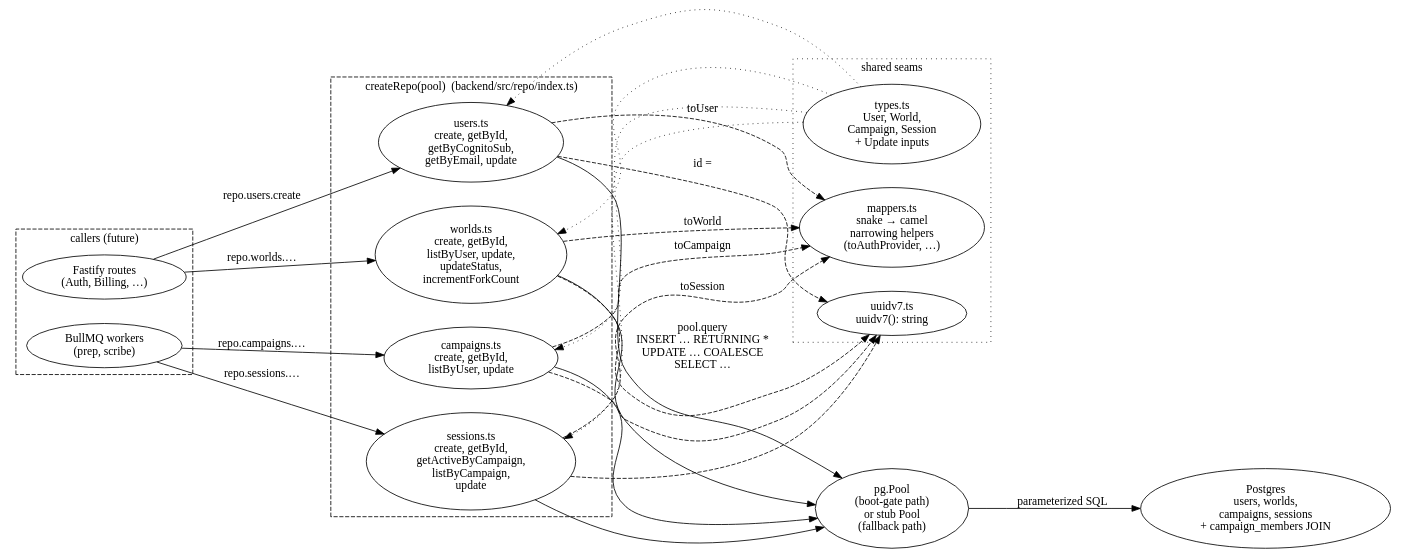
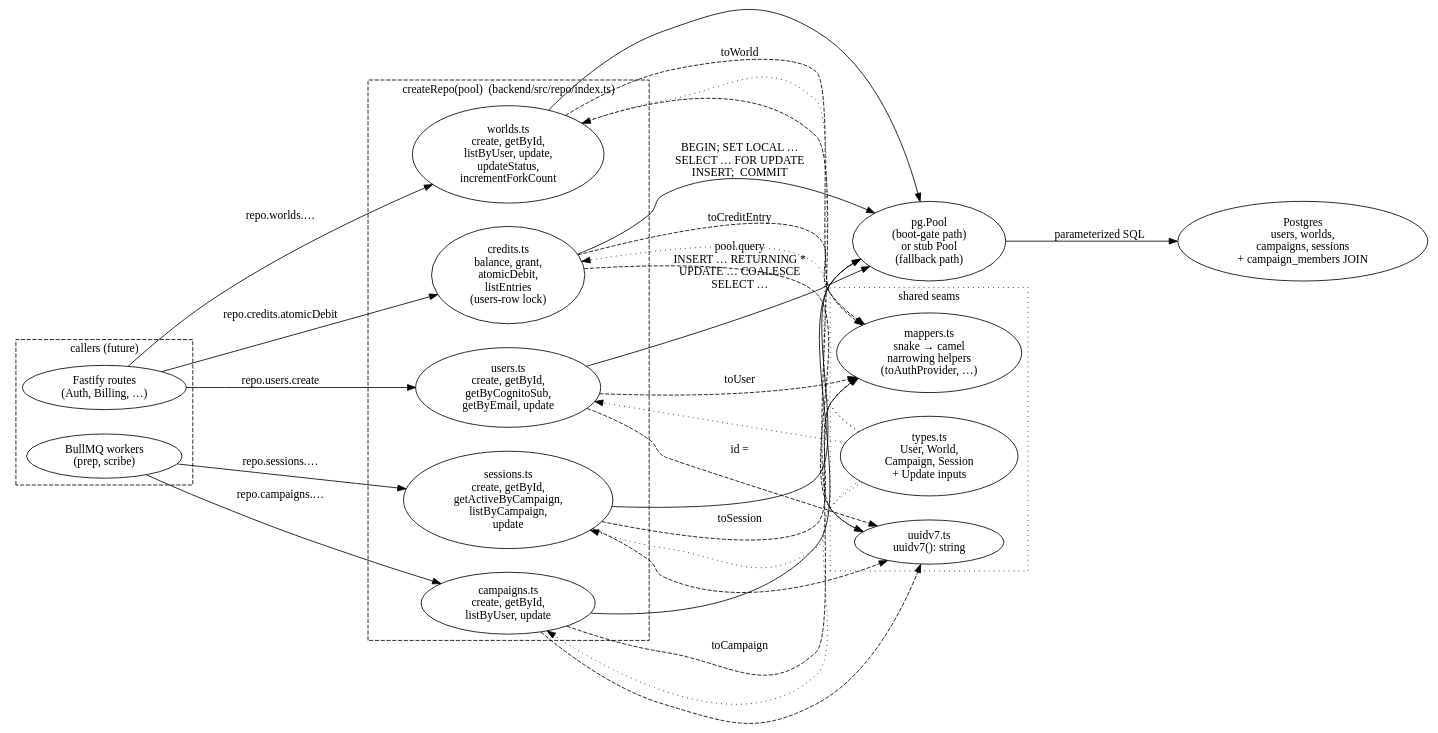
The diagram in docs/wiki/diagrams/data/repository.dot (mythrun/mythrun), drawn with Graphviz before and after one commit. The commit also changed 10 other files, not shown here.

```diff
--- a/docs/wiki/diagrams/data/repository.dot
+++ b/docs/wiki/diagrams/data/repository.dot
@@ -1,71 +1,77 @@
 digraph repository {
   // The repository layer: a closure-based factory over a single pg.Pool that
   // returns one namespace object per top-level table cluster. Routes, services,
   // and workers call repo.<namespace>.<method>; the namespace functions own the
   // SQL, the parameter binding, and the snake_case→camelCase mapping.
   rankdir=LR;
   compound=true;
   nodesep=0.4;
   ranksep=0.7;
 
   subgraph cluster_callers {
     label="callers (future)";
     style="dashed";
     color="ember";
     fontcolor="ember";
 
     routes  [label="Fastify routes\n(Auth, Billing, …)"];
     workers [label="BullMQ workers\n(prep, scribe)"];
   }
 
   subgraph cluster_factory {
     label="createRepo(pool)  (backend/src/repo/index.ts)";
     style="dashed";
     color="ember";
     fontcolor="ember";
 
     users     [label="users.ts\ncreate, getById,\ngetByCognitoSub,\ngetByEmail, update"];
     worlds    [label="worlds.ts\ncreate, getById,\nlistByUser, update,\nupdateStatus,\nincrementForkCount"];
     camps     [label="campaigns.ts\ncreate, getById,\nlistByUser, update"];
     sessions  [label="sessions.ts\ncreate, getById,\ngetActiveByCampaign,\nlistByCampaign,\nupdate"];
+    credits   [label="credits.ts\nbalance, grant,\natomicDebit,\nlistEntries\n(users-row lock)"];
   }
 
   subgraph cluster_seams {
     label="shared seams";
     style="dotted";
 
     uuid    [label="uuidv7.ts\nuuidv7(): string"];
     types   [label="types.ts\nUser, World,\nCampaign, Session\n+ Update inputs"];
     mappers [label="mappers.ts\nsnake → camel\nnarrowing helpers\n(toAuthProvider, …)"];
   }
 
   pool   [label="pg.Pool\n(boot-gate path)\nor stub Pool\n(fallback path)", color="ember", fontcolor="ember"];
   db     [label="Postgres\nusers, worlds,\ncampaigns, sessions\n+ campaign_members JOIN", color="ember", fontcolor="ember"];
 
   routes  -> users    [label="repo.users.create"];
   routes  -> worlds   [label="repo.worlds.…"];
+  routes  -> credits  [label="repo.credits.atomicDebit"];
   workers -> camps    [label="repo.campaigns.…"];
   workers -> sessions [label="repo.sessions.…"];
 
   users    -> uuid    [label="id =", style=dashed];
   worlds   -> uuid    [label="", style=dashed];
   camps    -> uuid    [label="", style=dashed];
   sessions -> uuid    [label="", style=dashed];
+  credits  -> uuid    [label="", style=dashed];
 
   users    -> mappers [label="toUser", style=dashed];
   worlds   -> mappers [label="toWorld", style=dashed];
   camps    -> mappers [label="toCampaign", style=dashed];
   sessions -> mappers [label="toSession", style=dashed];
+  credits  -> mappers [label="toCreditEntry", style=dashed];
 
   users    -> pool    [label="pool.query\nINSERT … RETURNING *\nUPDATE … COALESCE\nSELECT …"];
   worlds   -> pool    [label=""];
   camps    -> pool    [label=""];
   sessions -> pool    [label=""];
+  credits  -> pool    [label="BEGIN; SET LOCAL …\nSELECT … FOR UPDATE\nINSERT;  COMMIT"];
 
   pool    -> db       [label="parameterized SQL"];
 
   types -> users    [label="", style=dotted];
   types -> worlds   [label="", style=dotted];
   types -> camps    [label="", style=dotted];
   types -> sessions [label="", style=dotted];
+  types -> credits  [label="", style=dotted];
 }
```
